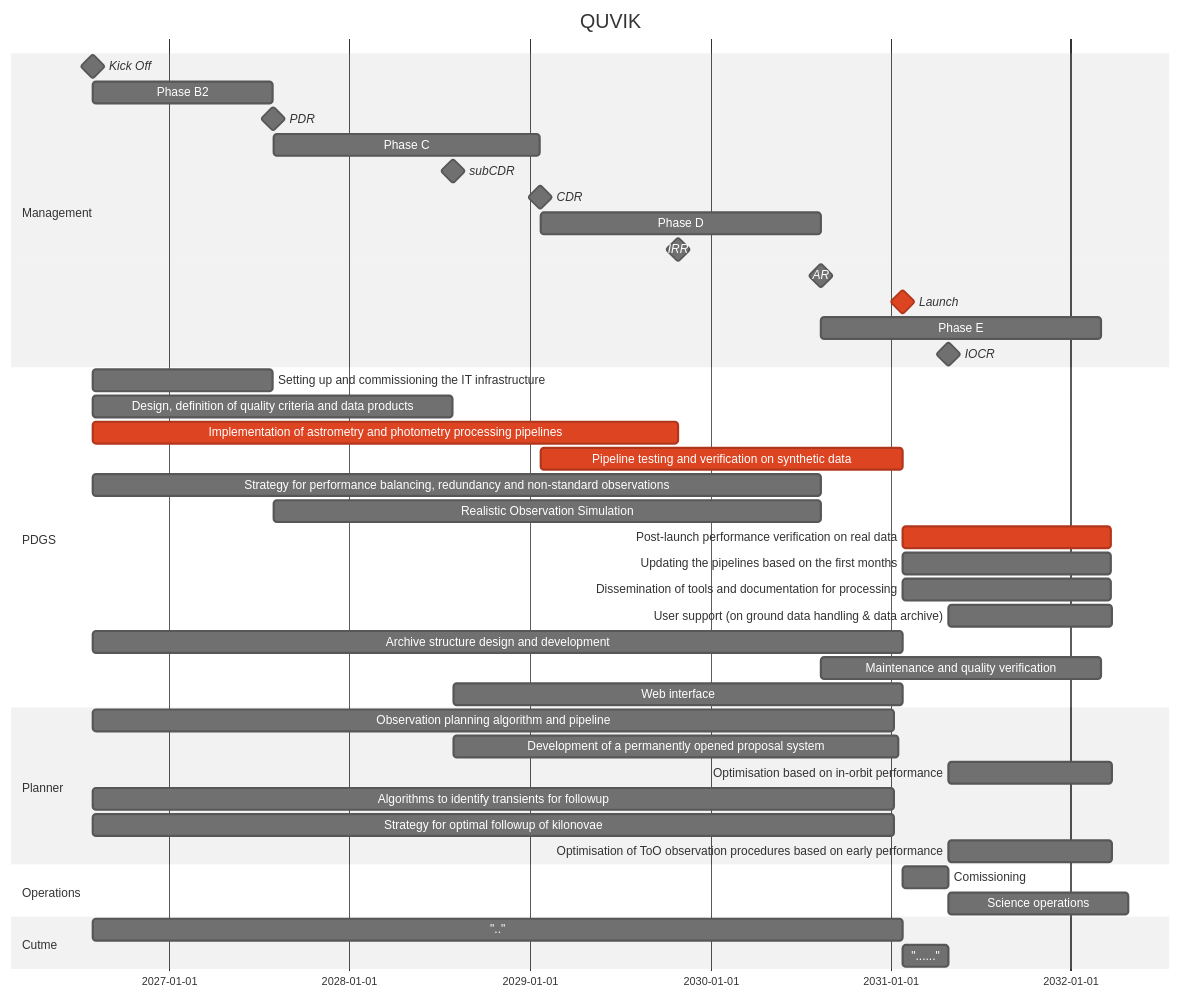
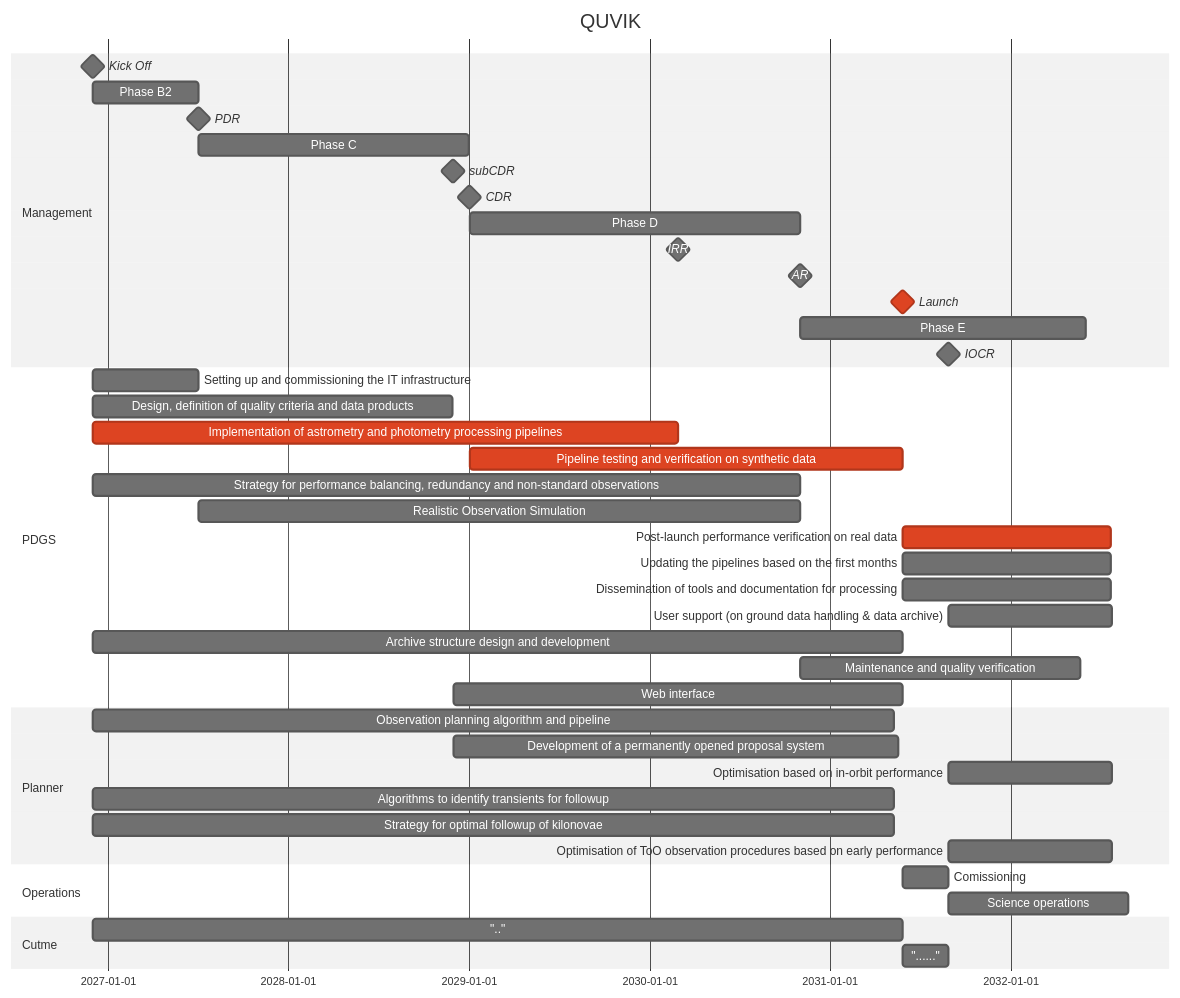
The diagram in calib/SOC.md (limu007/quvik), drawn with Mermaid (neutral theme) before and after one commit.

Commit message:
Update project timeline in SOC.md

````diff
--- a/calib/SOC.md
+++ b/calib/SOC.md
@@ -1,51 +1,51 @@
 ```mermaid
 gantt
     title QUVIK
     dateFormat  YYYY-MM-DD
     section Management
-    Kick Off : milestone, m1, 2026-07-31, 1d
-    Phase B2 : b2, after m1, 52w
+    Kick Off : milestone, m1, 2026-12-01, 1d
+    Phase B2 : b2, after m1, 213d
     PDR : milestone, pdr, after b2, 1d
-    Phase C : c1, after pdr, 77w
+    Phase C : c1, after pdr, 547d
     subCDR :  milestone, sc1, after des, 1d
     CDR : milestone, cdr, after c1, 1d
-    Phase D : d1, after cdr, 81w
+    Phase D : d1, after cdr, 668d
     IRR : milestone, irr, after imp, 1d
     AR : milestone, ar, after d1, 1d
     Launch : crit, milestone, frr, after dcal, 1d
-    Phase E : e1, after ar, 81w
+    Phase E : e1, after ar, 578d
     IOCR : milestone, iocr, after e2, 1d
 
 
     section PDGS
     Setting up and commissioning the IT infrastructure : after m1, until pdr
     Design, definition of quality criteria and data products : 	des, after m1	, 104w
     Implementation of astrometry and photometry processing pipelines :crit, imp, after m1 , 169w
     Pipeline testing and verification on synthetic data :crit,  pp, after cdr, until frr
     Strategy for performance balancing, redundancy and non-standard observations :  after m1 , until ar
     Realistic Observation Simulation :  after pdr , until ar
     Post-launch performance verification on real data :crit,   after frr , 420d
     Updating the pipelines based on the first months :  after frr , 420d
     Dissemination of tools and documentation for processing :  after frr , 420d
      User support (on ground data handling & data archive) :  after iocr , 330d
      Archive structure design and development :  after m1 , until frr
      Maintenance and quality verification :  after ar , 81w
      Web interface :  after sc1 , until frr
 
     section Planner
     Observation planning algorithm and pipeline :  after m1 , 1620d
     Development of a permanently opened proposal system : after sc1 , 900d
     Optimisation based on in-orbit performance :  after iocr , 330d
     Algorithms to identify transients for followup :  after m1 , 1620d
     Strategy for optimal followup of kilonovae :  after m1 , 1620d
     Optimisation of ToO observation procedures based on early performance :  after iocr , 330d
 
     section Operations
     Comissioning : e2, after frr, 13w
     Science operations : e3, after iocr, 52w
 
     section Cutme
     "..": dcal, after m1 , 234w
     "......" : e2, after frr, 13w
 
 ```
````
